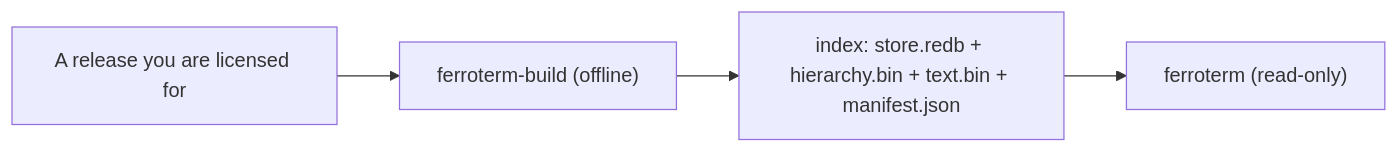
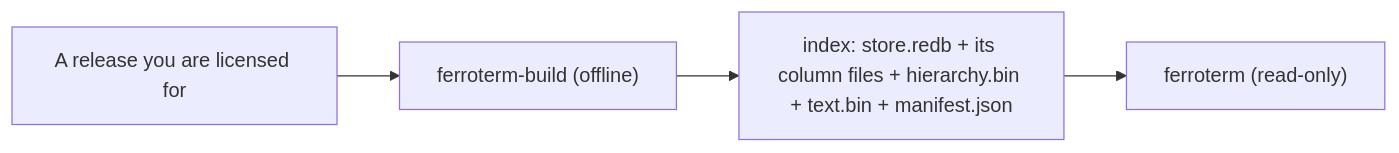
Before and after one commit to rubentalstra/FerroTERM: the diagram in website/book/src/operate/loading-snomed.md, drawn with Mermaid. The commit also changed 35 other files, not shown here.

First line of the commit message:
perf(store): read each dense column from its own file, not out of the database (#653)

````diff
--- a/website/book/src/operate/loading-snomed.md
+++ b/website/book/src/operate/loading-snomed.md
@@ -33,6 +33,6 @@
 ```mermaid
 graph LR
     REL["A release you are licensed for"] --> BUILD["ferroterm-build (offline)"]
-    BUILD --> IDX["index: store.redb + hierarchy.bin + text.bin + manifest.json"]
+    BUILD --> IDX["index: store.redb + its column files + hierarchy.bin + text.bin + manifest.json"]
     IDX --> SRV["ferroterm (read-only)"]
 ```
````
